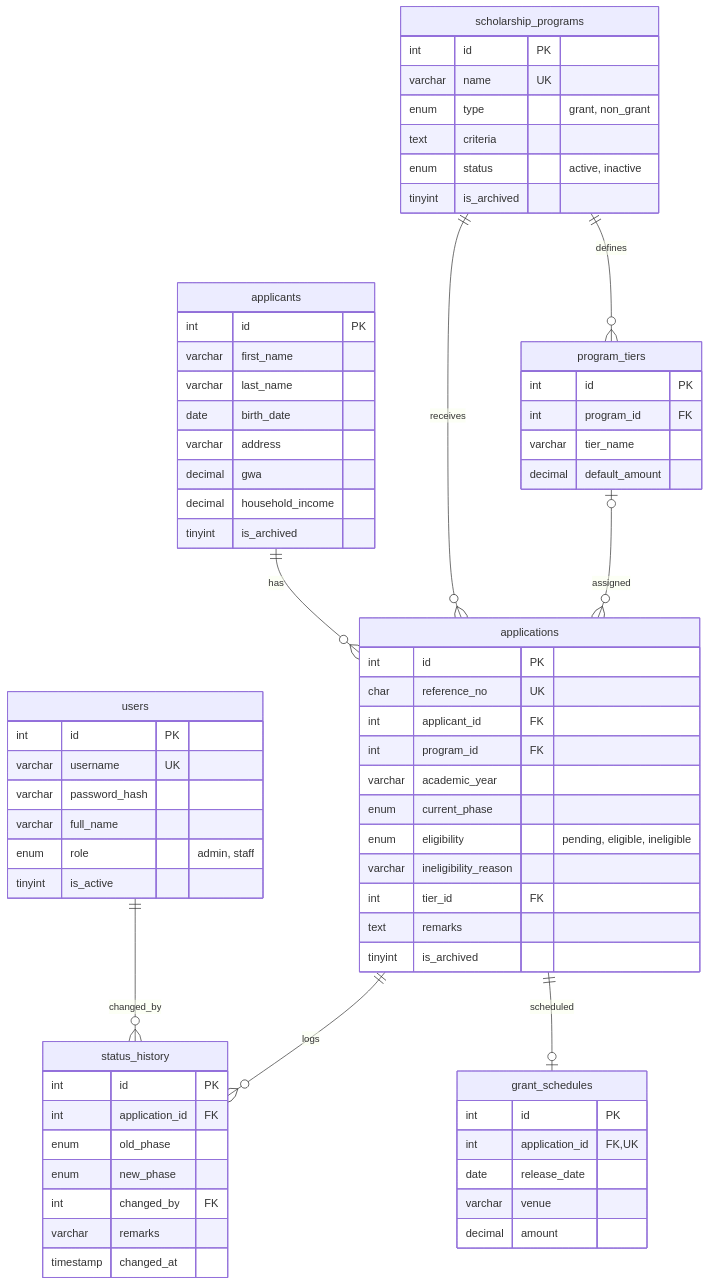
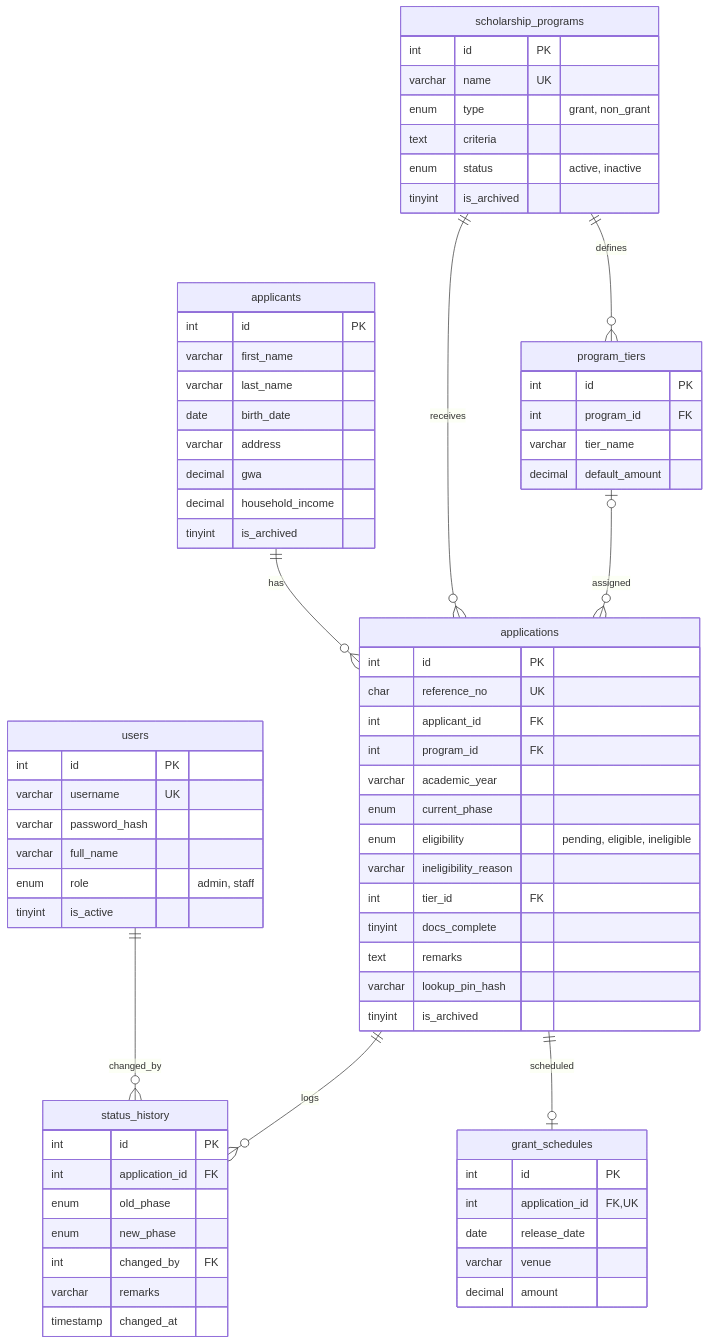
One commit to liampaul-07/IskolarLink---A-Database-Driven-Scholarship-Application-Tracking-System changed the diagram in docs/erd.md. Above: the diagram before and after it, drawn with Mermaid. The commit also changed other lines of this file and 2 other files, not shown here.

Commit message:
Update API and ERD docs for worflow endpoints

````diff
--- a/docs/erd.md
+++ b/docs/erd.md
@@ -5,72 +5,74 @@
 ```mermaid
 erDiagram
     users ||--o{ status_history : "changed_by"
     applicants ||--o{ applications : "has"
     scholarship_programs ||--o{ applications : "receives"
     scholarship_programs ||--o{ program_tiers : "defines"
     program_tiers |o--o{ applications : "assigned"
     applications ||--o{ status_history : "logs"
     applications ||--o| grant_schedules : "scheduled"
 
     users {
         int id PK
         varchar username UK
         varchar password_hash
         varchar full_name
         enum role "admin, staff"
         tinyint is_active
     }
     applicants {
         int id PK
         varchar first_name
         varchar last_name
         date birth_date
         varchar address
         decimal gwa
         decimal household_income
         tinyint is_archived
     }
     scholarship_programs {
         int id PK
         varchar name UK
         enum type "grant, non_grant"
         text criteria
         enum status "active, inactive"
         tinyint is_archived
     }
     program_tiers {
         int id PK
         int program_id FK
         varchar tier_name
         decimal default_amount
     }
     applications {
         int id PK
         char reference_no UK
         int applicant_id FK
         int program_id FK
         varchar academic_year
         enum current_phase
         enum eligibility "pending, eligible, ineligible"
         varchar ineligibility_reason
         int tier_id FK
+        tinyint docs_complete
         text remarks
+        varchar lookup_pin_hash
         tinyint is_archived
     }
     status_history {
         int id PK
         int application_id FK
         enum old_phase
         enum new_phase
         int changed_by FK
         varchar remarks
         timestamp changed_at
     }
     grant_schedules {
         int id PK
         int application_id FK, UK
         date release_date
         varchar venue
         decimal amount
     }
 ```
````
